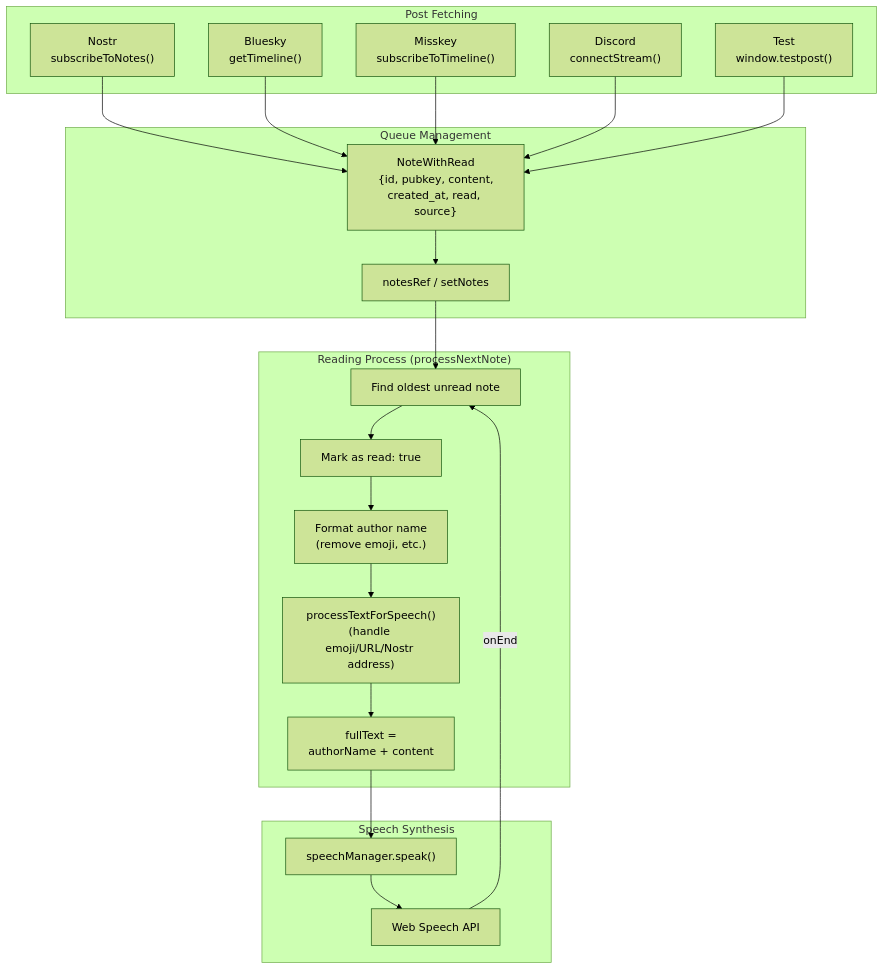
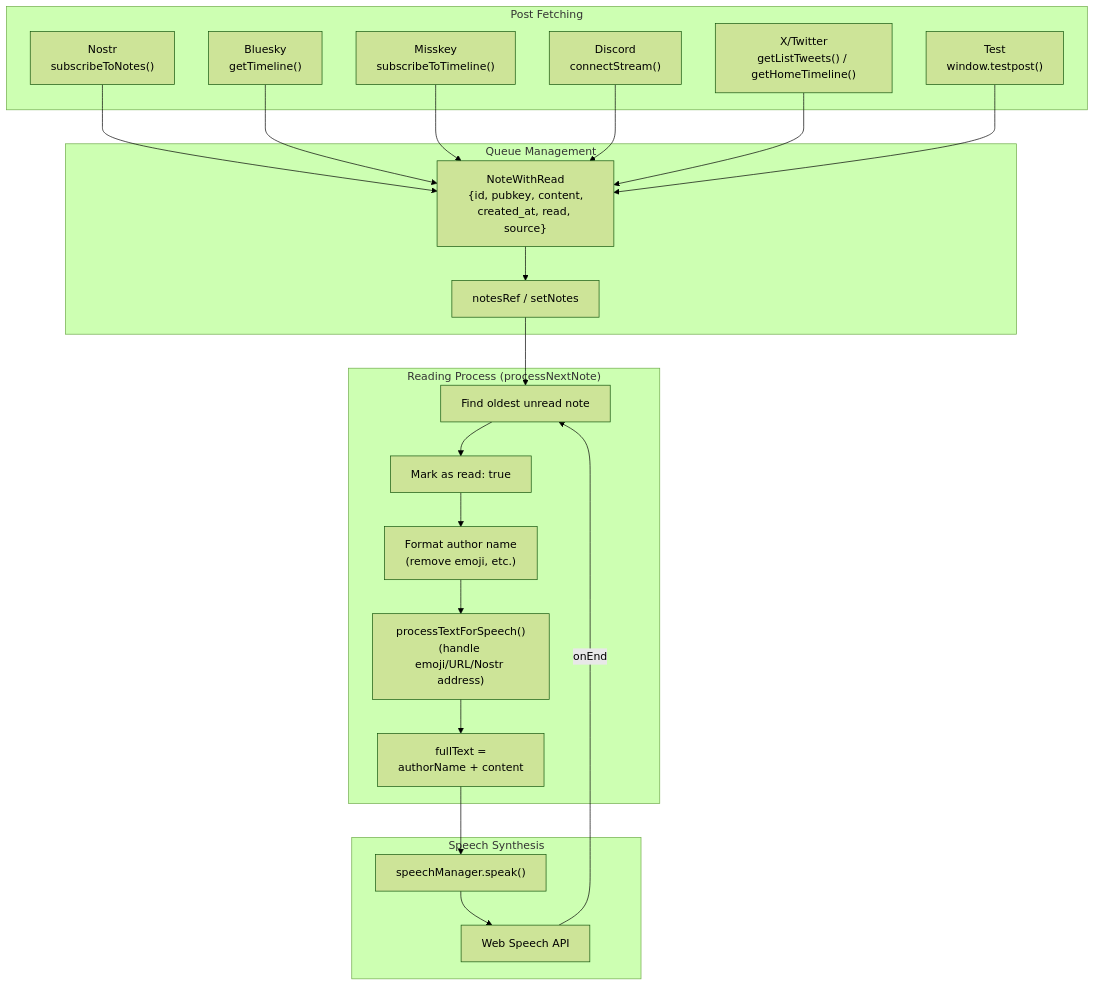
One commit to koteitan/yomi changed the diagram in README.md. Above: the diagram before and after it, drawn with Mermaid (forest theme). The commit also changed other lines of this file and 10 other files, not shown here.

First line of the commit message:
v1.5.1/Add X/Twitter icon, profile display, and post-tweet timeline refresh

````diff
--- a/README.md
+++ b/README.md
@@ -129,43 +130,45 @@
 ```mermaid
 flowchart TB
     subgraph Sources["Post Fetching"]
         Nostr["Nostr<br/>subscribeToNotes()"]
         Bluesky["Bluesky<br/>getTimeline()"]
         Misskey["Misskey<br/>subscribeToTimeline()"]
         Discord["Discord<br/>connectStream()"]
+        Twitter["X/Twitter<br/>getListTweets() / getHomeTimeline()"]
         Test["Test<br/>window.testpost()"]
     end
 
     subgraph Queue["Queue Management"]
         NoteWithRead["NoteWithRead<br/>{id, pubkey, content,<br/>created_at, read, source}"]
         NotesRef["notesRef / setNotes"]
     end
 
     subgraph Processing["Reading Process (processNextNote)"]
         FindUnread["Find oldest unread note"]
         MarkRead["Mark as read: true"]
         FormatAuthor["Format author name<br/>(remove emoji, etc.)"]
         ProcessText["processTextForSpeech()<br/>(handle emoji/URL/Nostr address)"]
         BuildText["fullText =<br/>authorName + content"]
     end
 
     subgraph Speech["Speech Synthesis"]
         SpeechManager["speechManager.speak()"]
         WebSpeechAPI["Web Speech API"]
     end
 
     Nostr --> NoteWithRead
     Bluesky --> NoteWithRead
     Misskey --> NoteWithRead
     Discord --> NoteWithRead
+    Twitter --> NoteWithRead
     Test --> NoteWithRead
     NoteWithRead --> NotesRef
     NotesRef --> FindUnread
     FindUnread --> MarkRead
     MarkRead --> FormatAuthor
     FormatAuthor --> ProcessText
     ProcessText --> BuildText
     BuildText --> SpeechManager
     SpeechManager --> WebSpeechAPI
     WebSpeechAPI -->|onEnd| FindUnread
 ```
````
